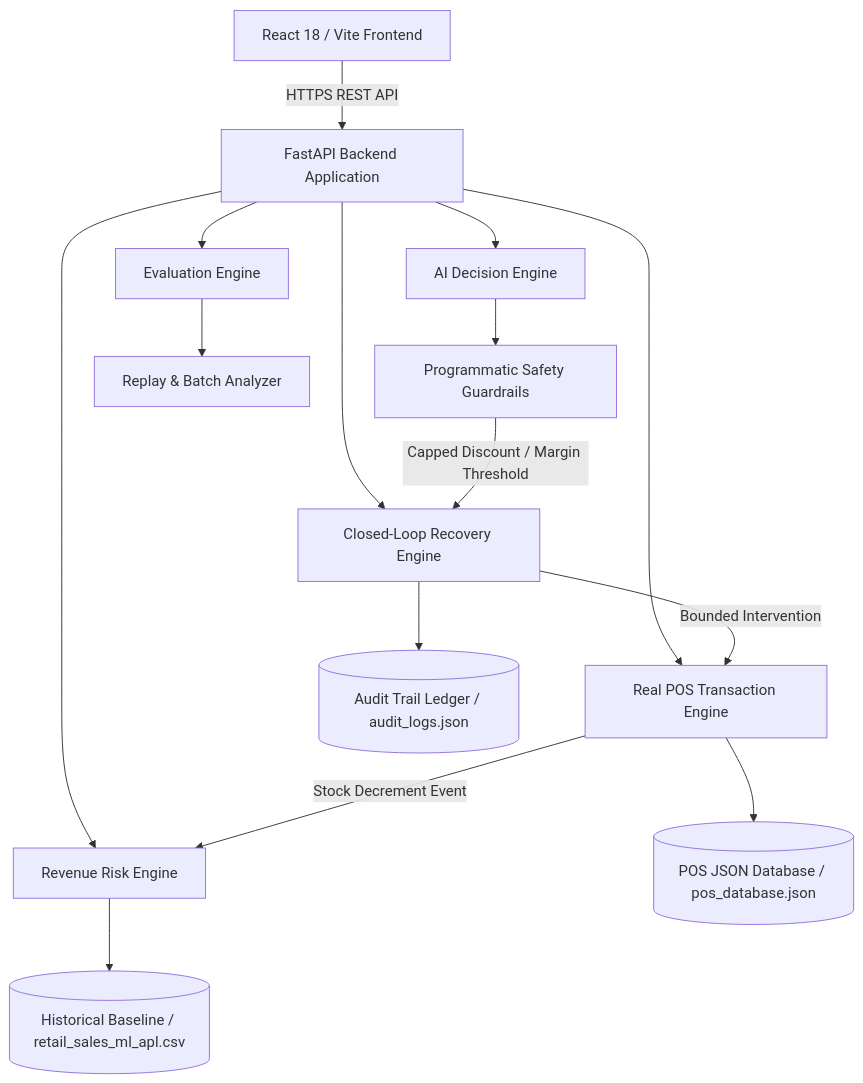
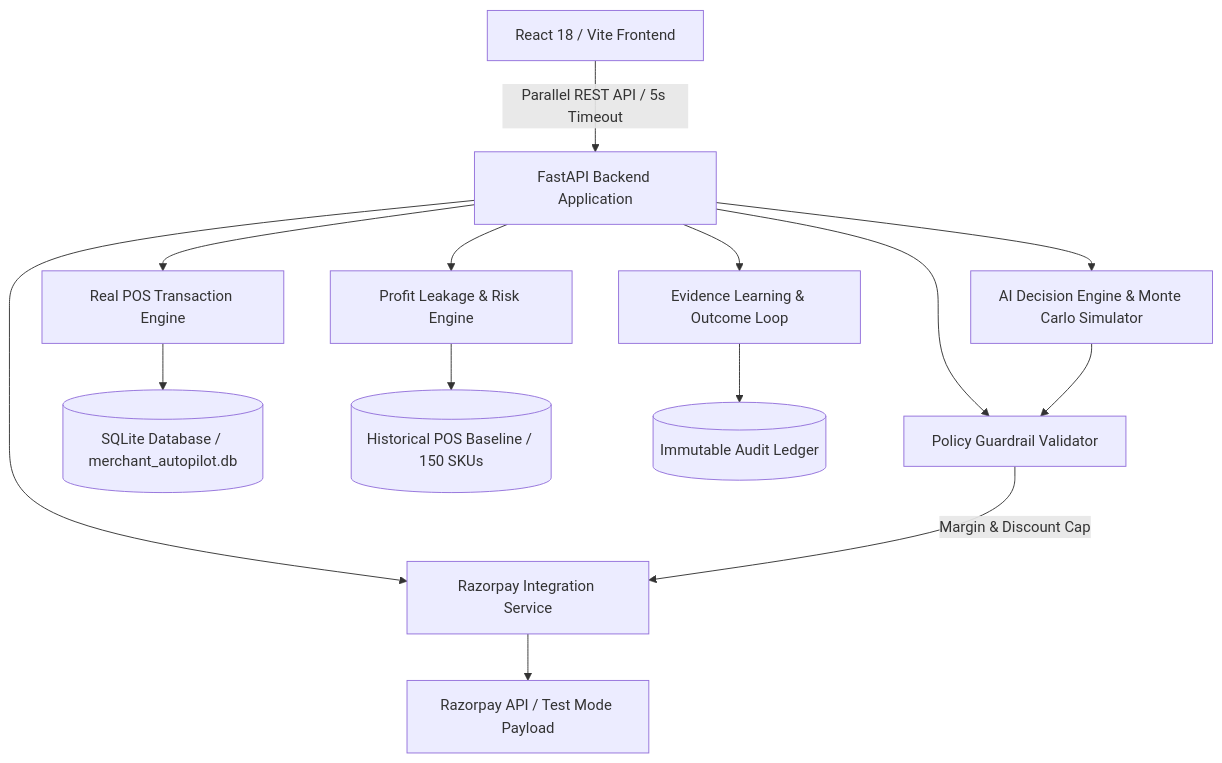
The diagram in README.md (Sanjay34598/merchent-revenue-automation), drawn with Mermaid before and after one commit. The commit also changed other lines of this file and 3 other files, not shown here.

Commit message:
docs: update project README and architecture documentation while initializing core data storage logs

````diff
--- a/README.md
+++ b/README.md
@@ -95,19 +85,17 @@
 ```mermaid
 graph TD
-    A[React 18 / Vite Frontend] -->|HTTPS REST API| B[FastAPI Backend Application]
+    A[React 18 / Vite Frontend] -->|Parallel REST API / 5s Timeout| B[FastAPI Backend Application]
     B --> C[Real POS Transaction Engine]
-    B --> D[Revenue Risk Engine]
-    B --> E[AI Decision Engine]
-    B --> F[Closed-Loop Recovery Engine]
-    B --> G[Evaluation Engine]
-    
-    C --> H[(POS JSON Database / pos_database.json)]
-    D --> I[(Historical Baseline / retail_sales_ml_apl.csv)]
-    E --> J[Programmatic Safety Guardrails]
-    F --> K[(Audit Trail Ledger / audit_logs.json)]
-    G --> L[Replay & Batch Analyzer]
+    B --> D[Profit Leakage & Risk Engine]
+    B --> E[AI Decision Engine & Monte Carlo Simulator]
+    B --> F[Policy Guardrail Validator]
+    B --> G[Razorpay Integration Service]
+    B --> H[Evidence Learning & Outcome Loop]
 
-    J -->|Capped Discount / Margin Threshold| F
-    C -->|Stock Decrement Event| D
-    F -->|Bounded Intervention| C
+    C --> I[(SQLite Database / merchant_autopilot.db)]
+    D --> J[(Historical POS Baseline / 150 SKUs)]
+    E --> F
+    F -->|Margin & Discount Cap| G
+    G --> K[Razorpay API / Test Mode Payload]
+    H --> L[(Immutable Audit Ledger)]
 ```
````
